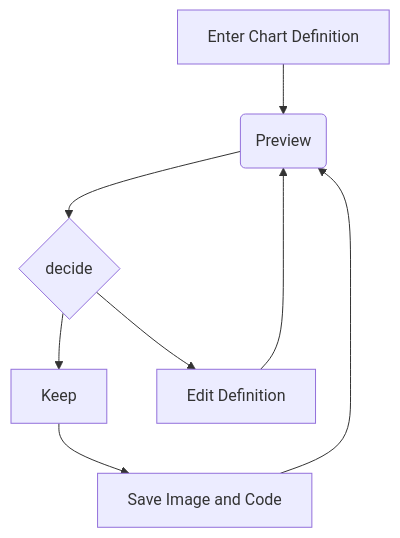
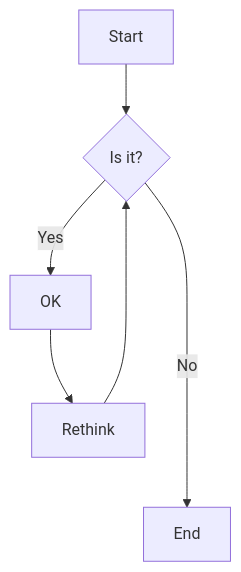
Before and after one commit to HoGentTIN/hogent-markdown-slides: the diagram in docs/c2.md, drawn with Mermaid.

Commit message:
Fixed update mermaid plugin

````diff
--- a/docs/c2.md
+++ b/docs/c2.md
@@ -69,17 +69,11 @@
-```mermaid
-%%{
-  init: {
-    "flowchart": {
-    },
-  }
+<div class="mermaid">
+%%{init: {
+    'theme': 'light'
 }%%
-
-graph TD
-    A[Enter Chart Definition] --> B(Preview)
-    B --> C{decide}
-    C --> D[Keep]
-    C --> E[Edit Definition]
-    E --> B
-    D --> F[Save Image and Code]
-    F --> B
-```
+flowchart TD
+    A[Start] --> B{Is it?};
+    B -- Yes --> C[OK];
+    C --> D[Rethink];
+    D --> B;
+    B -- No ----> E[End];
+</div>
````
